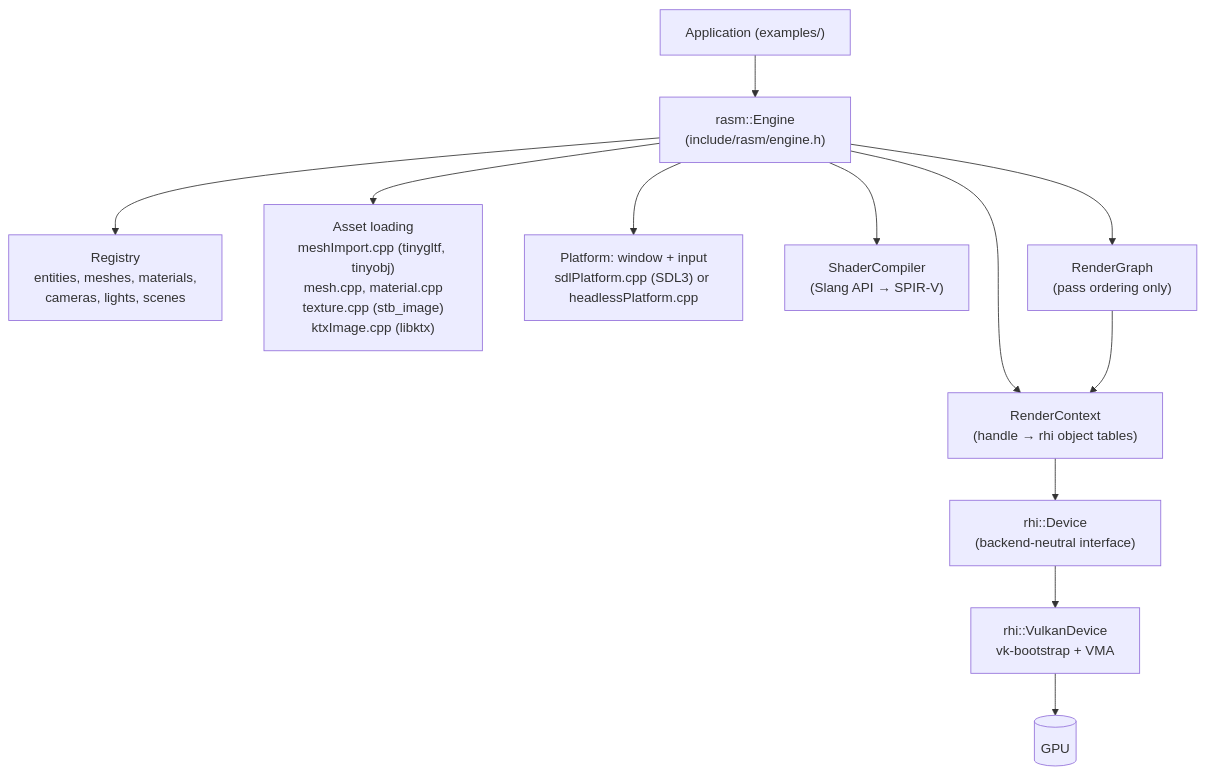
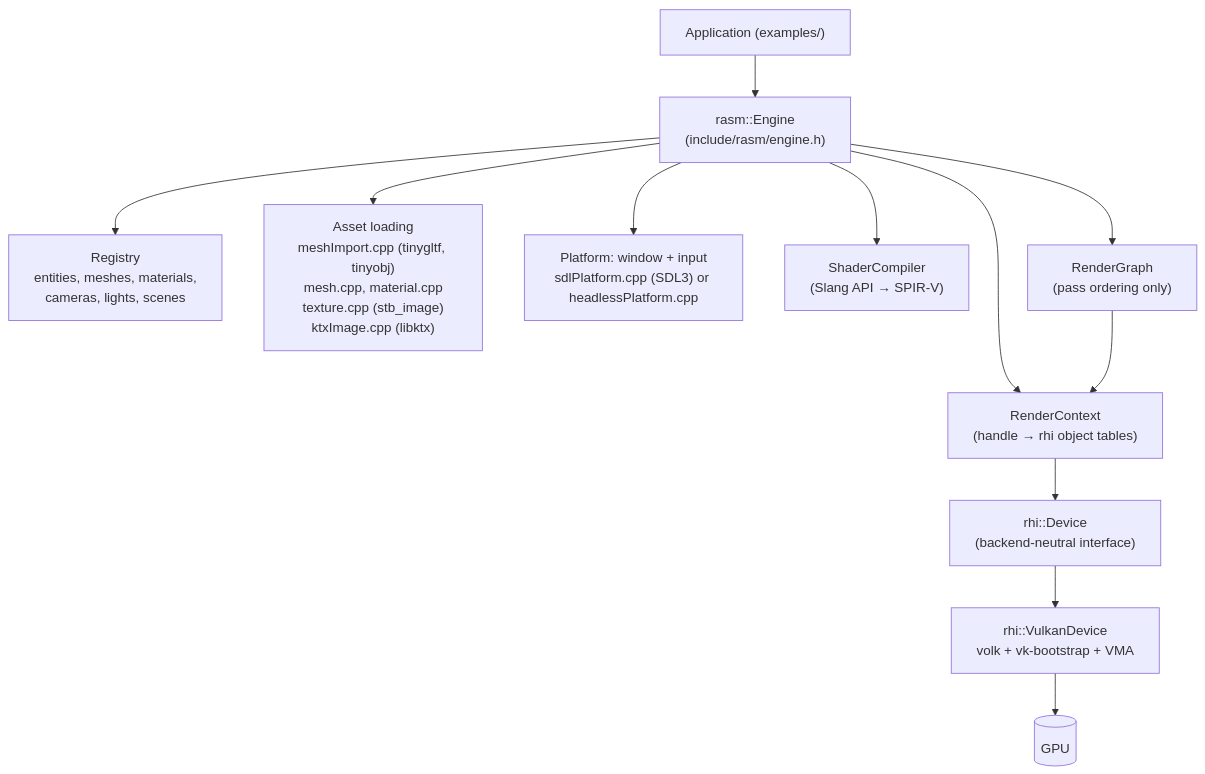
The first of 3 diagrams in docs/architecture.md (adel-elmala/rasm), drawn with Mermaid before and after one commit. The commit also changed other lines of this file and 27 other files, not shown here.

First line of the commit message:
feat: load vulkan at run time with volk, a function table per device (D24) (#76)

````diff
--- a/docs/architecture.md
+++ b/docs/architecture.md
@@ -9,14 +9,14 @@
 ```mermaid
 flowchart TD
     App["Application (examples/)"] --> Engine["rasm::Engine<br/>(include/rasm/engine.h)"]
     Engine --> Registry["Registry<br/>entities, meshes, materials,<br/>cameras, lights, scenes"]
     Engine --> Assets["Asset loading<br/>meshImport.cpp (tinygltf, tinyobj)<br/>mesh.cpp, material.cpp<br/>texture.cpp (stb_image)<br/>ktxImage.cpp (libktx)"]
     Engine --> Platform["Platform: window + input<br/>sdlPlatform.cpp (SDL3) or headlessPlatform.cpp"]
     Engine --> SC["ShaderCompiler<br/>(Slang API → SPIR-V)"]
     Engine --> RG["RenderGraph<br/>(pass ordering only)"]
     Engine --> RC["RenderContext<br/>(handle → rhi object tables)"]
     RG --> RC
     RC --> DEV["rhi::Device<br/>(backend-neutral interface)"]
-    DEV --> VK["rhi::VulkanDevice<br/>vk-bootstrap + VMA"]
+    DEV --> VK["rhi::VulkanDevice<br/>volk + vk-bootstrap + VMA"]
     VK --> GPU[(GPU)]
 ```
````
